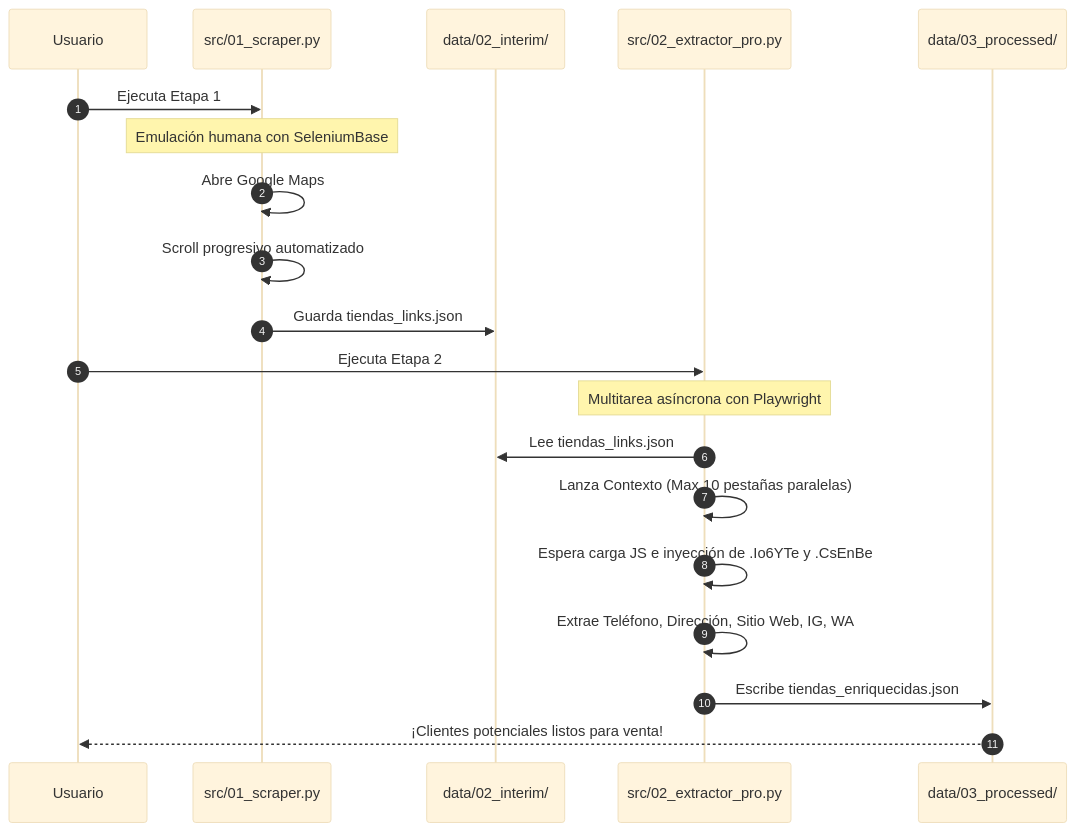
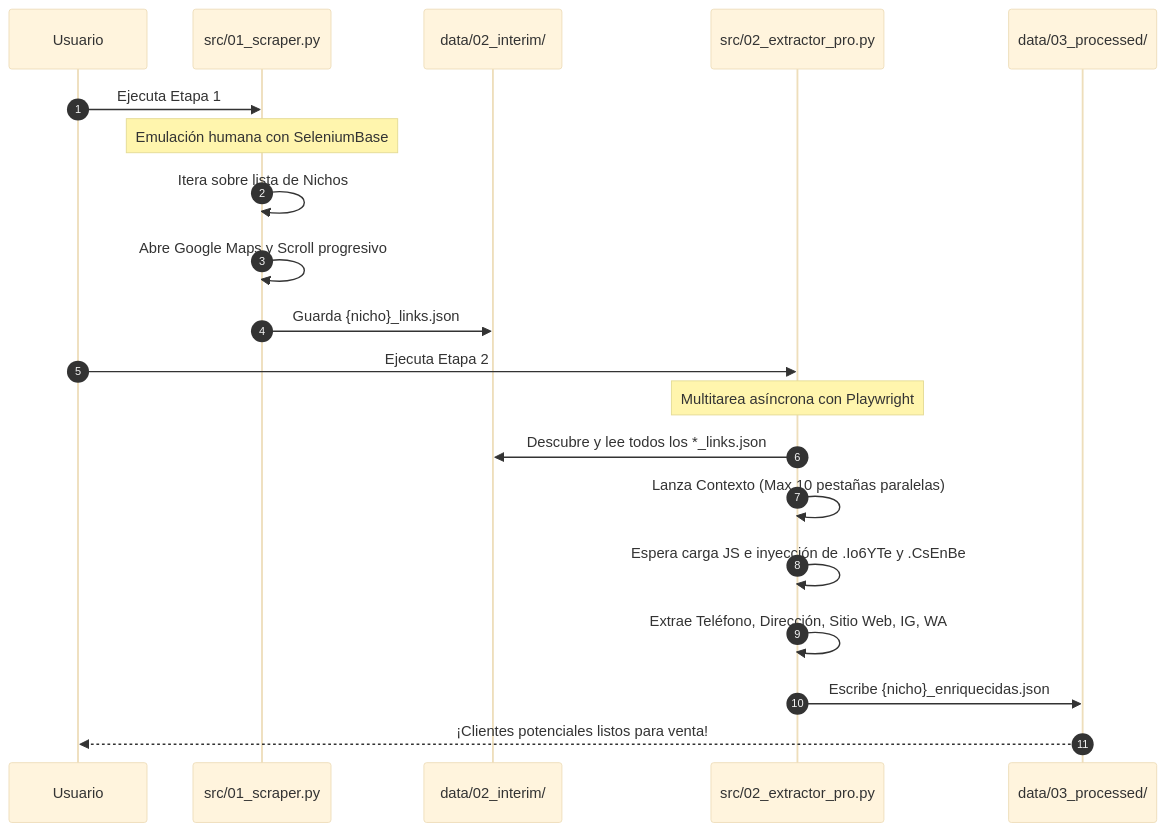
The second of 3 diagrams in README.md (Escandonn/Clientes-Autom-ticos-Maps-worship), drawn with Mermaid (base theme) before and after one commit. The commit also changed other lines of this file and 2 other files, not shown here.

Commit message:
feat: soporte multi-nicho, checkpointing y reintentos automatizados

````diff
--- a/README.md
+++ b/README.md
@@ -48,24 +48,24 @@
 ```mermaid
 sequenceDiagram
     autonumber
     participant U as Usuario
     participant S1 as src/01_scraper.py
     participant DB1 as data/02_interim/
     participant S2 as src/02_extractor_pro.py
     participant DB2 as data/03_processed/
     
     U->>S1: Ejecuta Etapa 1
     Note over S1: Emulación humana con SeleniumBase
-    S1->>S1: Abre Google Maps
-    S1->>S1: Scroll progresivo automatizado
-    S1->>DB1: Guarda tiendas_links.json
+    S1->>S1: Itera sobre lista de Nichos
+    S1->>S1: Abre Google Maps y Scroll progresivo
+    S1->>DB1: Guarda {nicho}_links.json
     
     U->>S2: Ejecuta Etapa 2
     Note over S2: Multitarea asíncrona con Playwright
-    S2->>DB1: Lee tiendas_links.json
+    S2->>DB1: Descubre y lee todos los *_links.json
     S2->>S2: Lanza Contexto (Max 10 pestañas paralelas)
     S2->>S2: Espera carga JS e inyección de .Io6YTe y .CsEnBe
     S2->>S2: Extrae Teléfono, Dirección, Sitio Web, IG, WA
-    S2->>DB2: Escribe tiendas_enriquecidas.json
+    S2->>DB2: Escribe {nicho}_enriquecidas.json
     DB2-->>U: ¡Clientes potenciales listos para venta!
 ```
````
